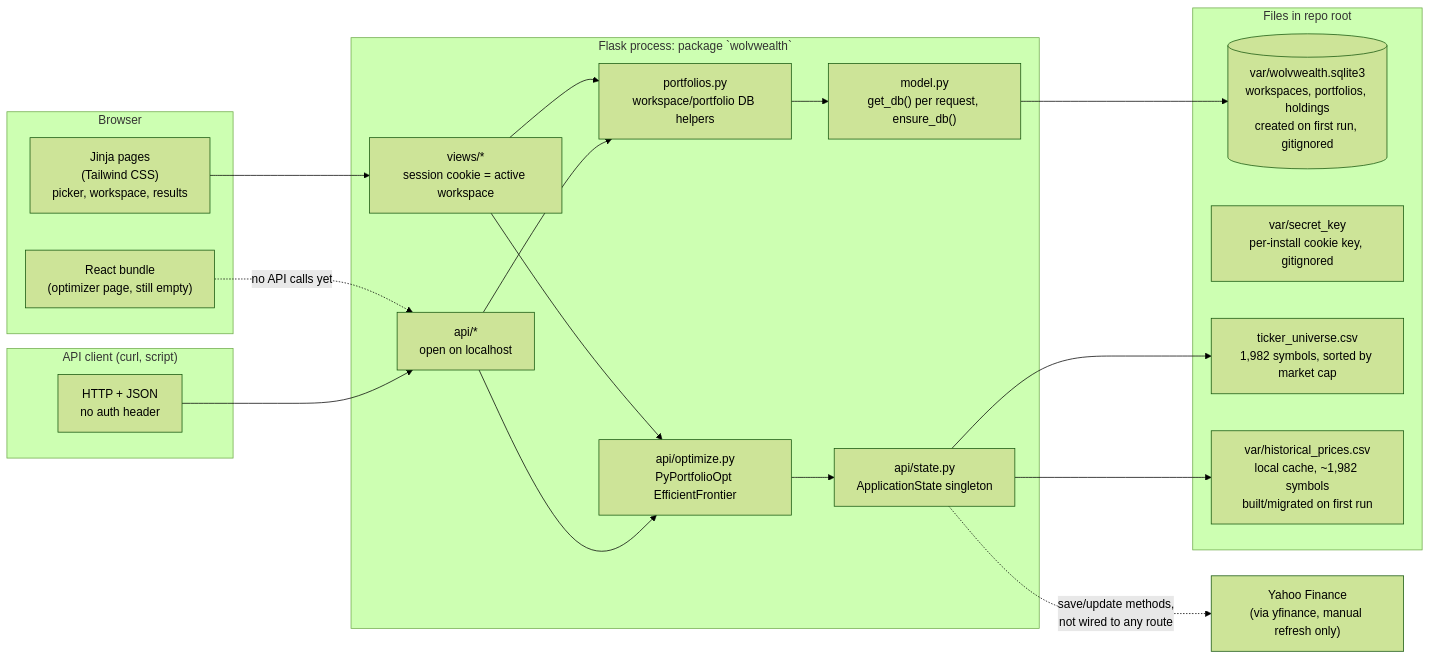
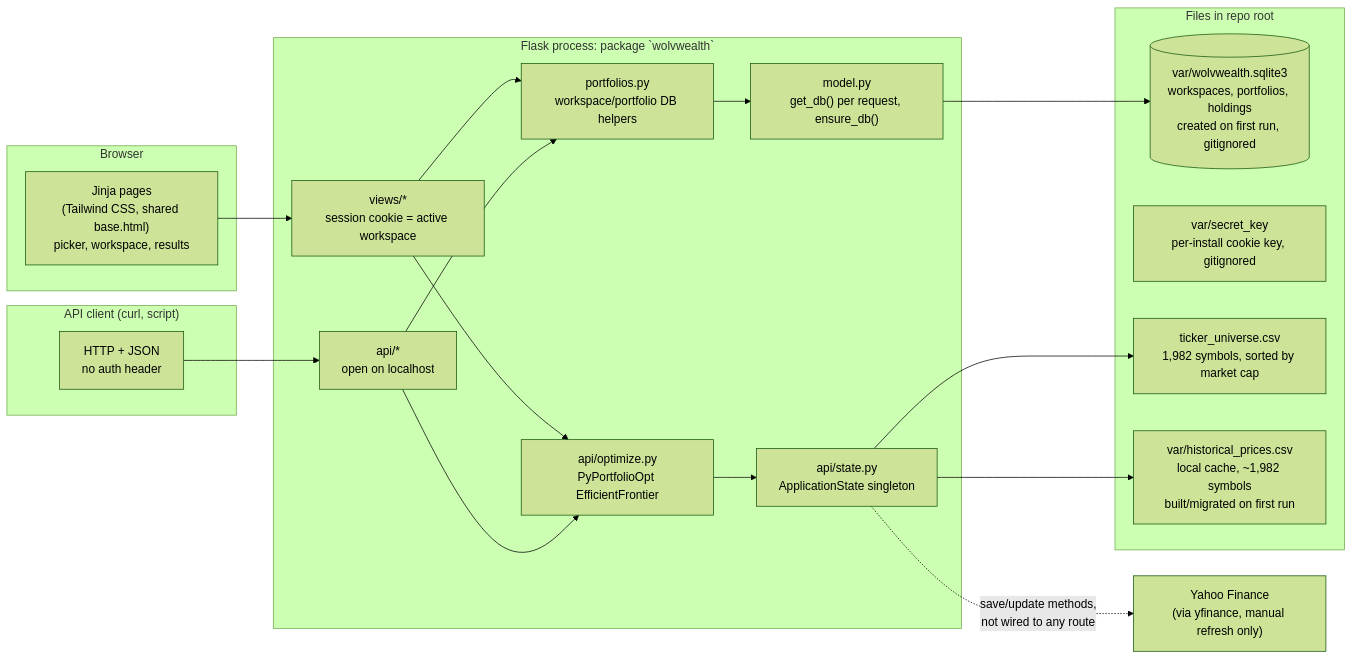
The first of 10 diagrams in ARCHITECTURE.md (rramboer/WolvWealth), drawn with Mermaid (forest theme) before and after one commit. The commit also changed other lines of this file and 24 other files, not shown here.

First line of the commit message:
Clean up repo: delete React stack, share a base template, reuse optimizer in backtest

````diff
--- a/ARCHITECTURE.md
+++ b/ARCHITECTURE.md
@@ -27,43 +27,41 @@
 ```mermaid
 flowchart LR
     subgraph Browser
-        HTML["Jinja pages<br/>(Tailwind CSS)<br/>picker, workspace, results"]
-        React["React bundle<br/>(optimizer page, still empty)"]
+        HTML["Jinja pages<br/>(Tailwind CSS, shared base.html)<br/>picker, workspace, results"]
     end
 
     subgraph Client["API client (curl, script)"]
         APIClient["HTTP + JSON<br/>no auth header"]
     end
 
     subgraph Flask["Flask process: package `wolvwealth`"]
         Views["views/*<br/>session cookie = active workspace"]
         API["api/*<br/>open on localhost"]
         Helpers["portfolios.py<br/>workspace/portfolio DB helpers"]
         Model["model.py<br/>get_db() per request, ensure_db()"]
         State["api/state.py<br/>ApplicationState singleton"]
         Opt["api/optimize.py<br/>PyPortfolioOpt EfficientFrontier"]
     end
 
     subgraph Disk["Files in repo root"]
         DB[("var/wolvwealth.sqlite3<br/>workspaces, portfolios, holdings<br/>created on first run, gitignored")]
         Secret["var/secret_key<br/>per-install cookie key, gitignored"]
         Tickers["ticker_universe.csv<br/>1,982 symbols, sorted by market cap"]
         Prices["var/historical_prices.csv<br/>local cache, ~1,982 symbols<br/>built/migrated on first run"]
     end
 
     YF["Yahoo Finance<br/>(via yfinance, manual refresh only)"]
 
     HTML --> Views
-    React -. "no API calls yet" .-> API
     APIClient --> API
     Views --> Helpers
     Views --> Opt
     API --> Helpers
     API --> Opt
     Helpers --> Model
     Opt --> State
     Model --> DB
     State --> Tickers
     State --> Prices
     State -. "save/update methods,<br/>not wired to any route" .-> YF
 ```
````
